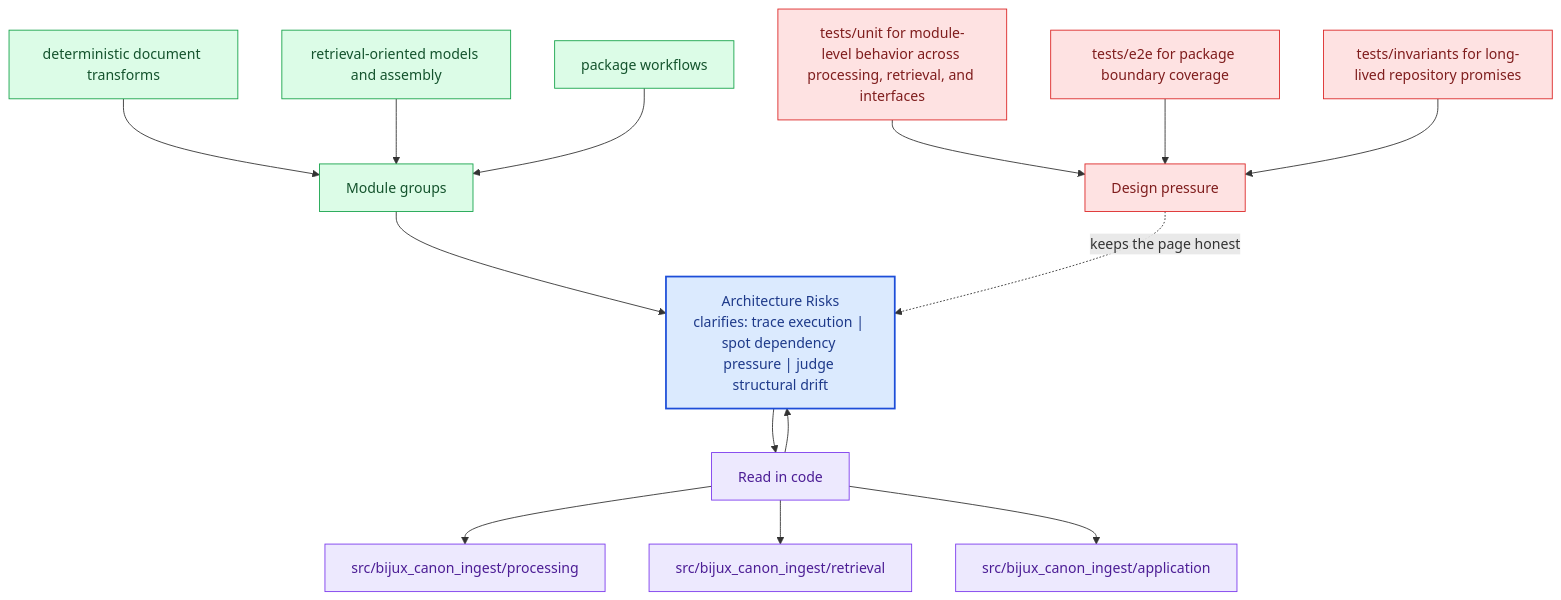
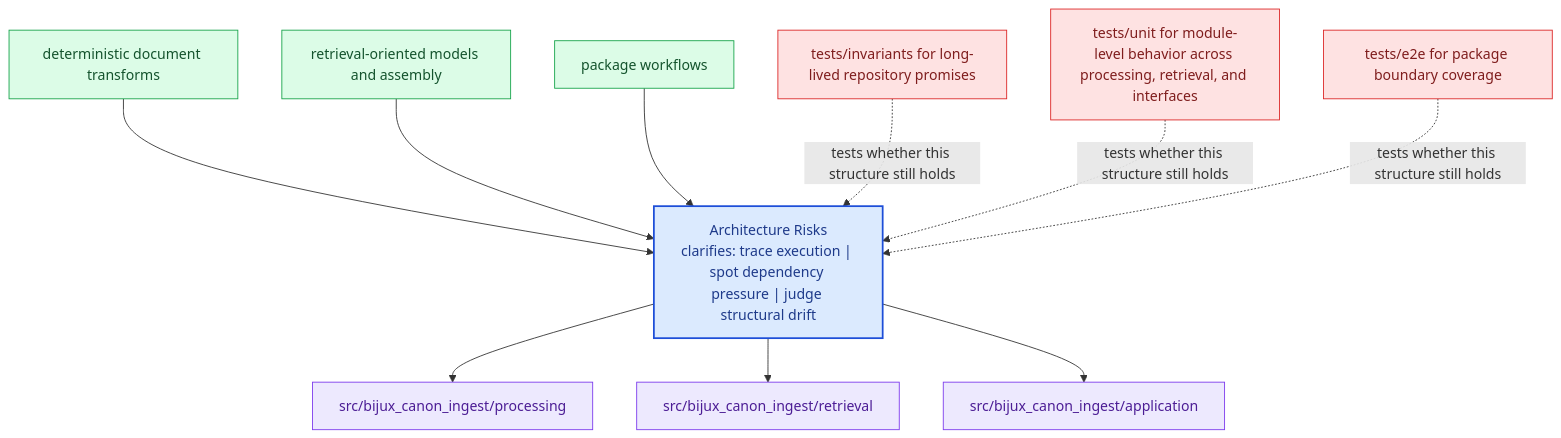
The diagram in docs/bijux-canon-ingest/architecture/architecture-risks.md (bijux/bijux-canon), drawn with Mermaid before and after one commit. The commit also changed other lines of this file and 281 other files, not shown here.

Commit message:
docs(diagrams): replace repeated mermaid scaffolds with page-specific summaries

````diff
--- a/docs/bijux-canon-ingest/architecture/architecture-risks.md
+++ b/docs/bijux-canon-ingest/architecture/architecture-risks.md
@@ -67,40 +22,31 @@
 ```mermaid
 flowchart TB
-    promise["Architecture Risks<br/>clarifies: trace execution | spot dependency pressure | judge structural drift"]
-    classDef promise fill:#dbeafe,stroke:#1d4ed8,color:#1e3a8a,stroke-width:2px;
-    classDef driver fill:#dcfce7,stroke:#16a34a,color:#14532d;
-    classDef constraint fill:#fee2e2,stroke:#dc2626,color:#7f1d1d;
-    classDef ground fill:#ede9fe,stroke:#7c3aed,color:#4c1d95;
-    focus1["Module groups"]
-    focus1 --> promise
-    focus1_1["deterministic document transforms"]
-    focus1_1 --> focus1
-    focus1_2["retrieval-oriented models and assembly"]
-    focus1_2 --> focus1
-    focus1_3["package workflows"]
-    focus1_3 --> focus1
-    class focus1 driver;
-    class focus1_1,focus1_2,focus1_3 driver;
-    focus2["Read in code"]
-    focus2 --> promise
-    promise --> focus2
-    focus2_1["src/bijux_canon_ingest/processing"]
-    focus2 --> focus2_1
-    focus2_2["src/bijux_canon_ingest/retrieval"]
-    focus2 --> focus2_2
-    focus2_3["src/bijux_canon_ingest/application"]
-    focus2 --> focus2_3
-    class focus2 ground;
-    class focus2_1,focus2_2,focus2_3 ground;
-    focus3["Design pressure"]
-    focus3 -.keeps the page honest.-> promise
-    focus3_1["tests/unit for module-level behavior across processing, retrieval, and interfaces"]
-    focus3_1 --> focus3
-    focus3_2["tests/e2e for package boundary coverage"]
-    focus3_2 --> focus3
-    focus3_3["tests/invariants for long-lived repository promises"]
-    focus3_3 --> focus3
-    class focus3 constraint;
-    class focus3_1,focus3_2,focus3_3 constraint;
-    class promise promise;
+    page["Architecture Risks<br/>clarifies: trace execution | spot dependency pressure | judge structural drift"]
+    classDef page fill:#dbeafe,stroke:#1d4ed8,color:#1e3a8a,stroke-width:2px;
+    classDef positive fill:#dcfce7,stroke:#16a34a,color:#14532d;
+    classDef caution fill:#fee2e2,stroke:#dc2626,color:#7f1d1d;
+    classDef anchor fill:#ede9fe,stroke:#7c3aed,color:#4c1d95;
+    classDef action fill:#fef3c7,stroke:#d97706,color:#7c2d12;
+    module1["deterministic document transforms"]
+    module1 --> page
+    module2["retrieval-oriented models and assembly"]
+    module2 --> page
+    module3["package workflows"]
+    module3 --> page
+    code1["src/bijux_canon_ingest/processing"]
+    page --> code1
+    code2["src/bijux_canon_ingest/retrieval"]
+    page --> code2
+    code3["src/bijux_canon_ingest/application"]
+    page --> code3
+    pressure1["tests/invariants for long-lived repository promises"]
+    pressure1 -.tests whether this structure still holds.-> page
+    pressure2["tests/unit for module-level behavior across processing, retrieval, and interfaces"]
+    pressure2 -.tests whether this structure still holds.-> page
+    pressure3["tests/e2e for package boundary coverage"]
+    pressure3 -.tests whether this structure still holds.-> page
+    class page page;
+    class module1,module2,module3 positive;
+    class code1,code2,code3 anchor;
+    class pressure1,pressure2,pressure3 caution;
 ```
````
